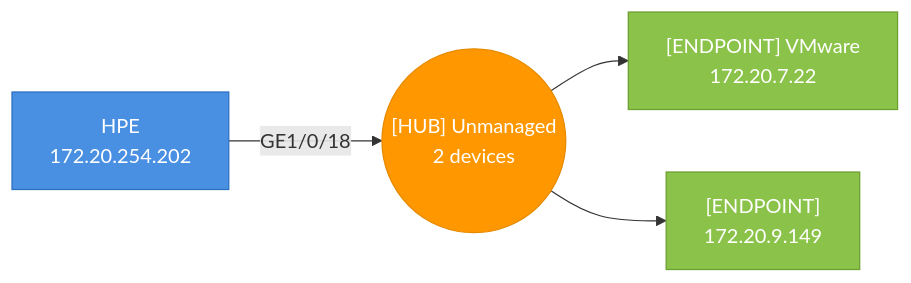
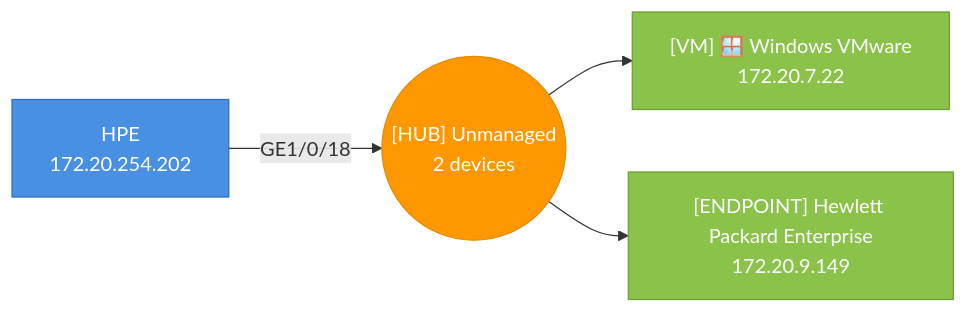
One commit to djamic/LLDP-Skanner-Go changed the sixth of 51 diagrams in testdata/golden/audit_esxi_sections.md. Above: the diagram before and after it, drawn with Mermaid. The commit also changed other lines of this file and 16 other files, not shown here.

````diff
--- a/testdata/golden/audit_esxi_sections.md
+++ b/testdata/golden/audit_esxi_sections.md
@@ -147,14 +124,14 @@
 ```mermaid
 graph LR
   hub_4caea38deec9_p18(("[HUB] Unmanaged<br>2 devices"))
   4caea38deec9["HPE<br>172.20.254.202"]
   4caea38deec9-- "GE1/0/18" -->hub_4caea38deec9_p18
   style 4caea38deec9 fill:#4A90E2,stroke:#2A6FC2,color:#fff
-  000c292dde3c["[ENDPOINT] VMware<br>172.20.7.22"]
+  000c292dde3c["[VM] 🪟 Windows VMware<br>172.20.7.22"]
   hub_4caea38deec9_p18-->000c292dde3c
   style 000c292dde3c fill:#8BC34A,stroke:#6B9F30,color:#fff
-  08f1ea8d264e["[ENDPOINT]<br>172.20.9.149"]
+  08f1ea8d264e["[ENDPOINT] Hewlett Packard Enterprise<br>172.20.9.149"]
   hub_4caea38deec9_p18-->08f1ea8d264e
   style 08f1ea8d264e fill:#8BC34A,stroke:#6B9F30,color:#fff
   style hub_4caea38deec9_p18 fill:#FF9800,stroke:#E68A00,color:#fff
 ```
````
